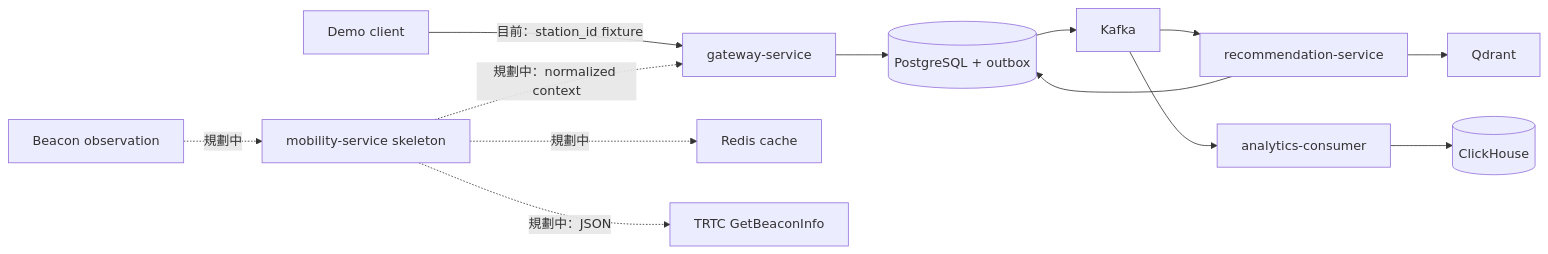
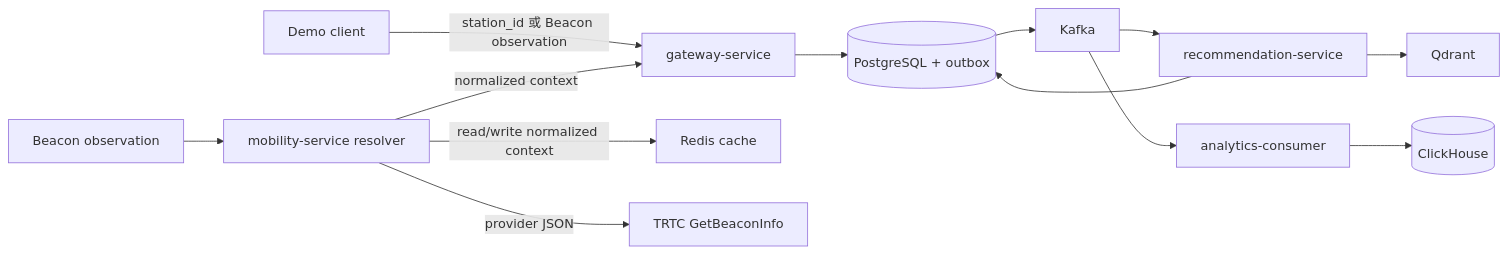
One commit to HiIamJeff67/spacetime-node changed the diagram in .github/ARCHITECTURE.md. Above: the diagram before and after it, drawn with Mermaid. The commit also changed other lines of this file and 8 other files, not shown here.

Commit message:
feat: add mobility Redis cache

````diff
--- a/.github/ARCHITECTURE.md
+++ b/.github/ARCHITECTURE.md
@@ -39,15 +39,15 @@
 ```mermaid
 flowchart LR
-    D["Demo client"] -->|"目前：station_id fixture"| G["gateway-service"]
-    B["Beacon observation"] -. "規劃中" .-> M["mobility-service skeleton"]
-    M -. "規劃中：normalized context" .-> G
-    M -. "規劃中" .-> C["Redis cache"]
-    M -. "規劃中：JSON" .-> T["TRTC GetBeaconInfo"]
+    D["Demo client"] -->|"station_id 或 Beacon observation"| G["gateway-service"]
+    B["Beacon observation"] --> M["mobility-service resolver"]
+    M -->|"normalized context"| G
+    M -->|"read/write normalized context"| C["Redis cache"]
+    M -->|"provider JSON"| T["TRTC GetBeaconInfo"]
     G --> P[("PostgreSQL + outbox")]
     P --> K["Kafka"]
     K --> R["recommendation-service"]
     R --> Q["Qdrant"]
     R --> P
     K --> A["analytics-consumer"]
     A --> H[("ClickHouse")]
 ```
````
